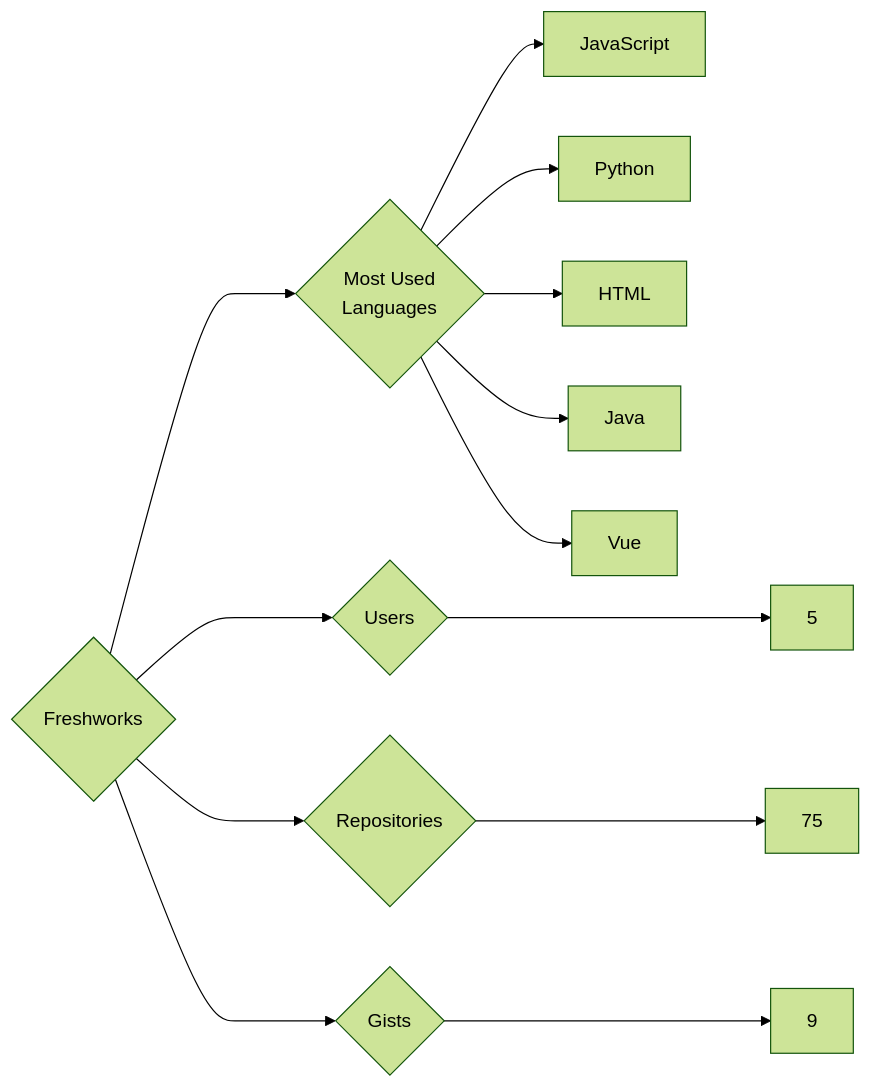
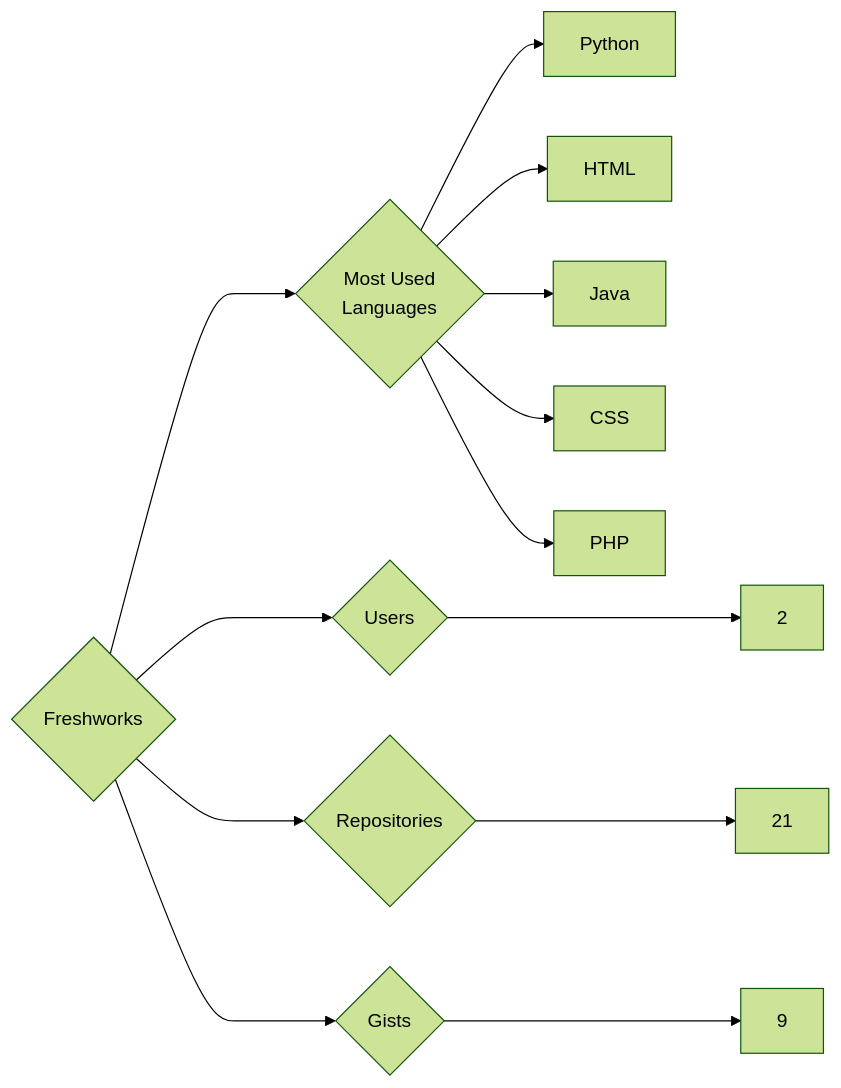
One commit to trickest/insiders changed the diagram in targets/Freshworks/README.md. Above: the diagram before and after it, drawn with Mermaid (forest theme). The commit also changed 860 other files, not shown here.

````diff
--- a/targets/Freshworks/README.md
+++ b/targets/Freshworks/README.md
@@ -3,13 +3,13 @@
 ```mermaid
 graph LR
 COMPANY_NAME{Freshworks}
-COMPANY_NAME ---> U{Users} ---> UN[5]
-COMPANY_NAME ---> R{Repositories} ---> RN[75]
+COMPANY_NAME ---> U{Users} ---> UN[2]
+COMPANY_NAME ---> R{Repositories} ---> RN[21]
 COMPANY_NAME ---> G{Gists} ---> GN[9]
 COMPANY_NAME ---> ML{Most Used<br>Languages}
-ML --> JavaScript[JavaScript]
 ML --> Python[Python]
 ML --> HTML[HTML]
 ML --> Java[Java]
-ML --> Vue[Vue]
+ML --> CSS[CSS]
+ML --> PHP[PHP]
 ```
````
